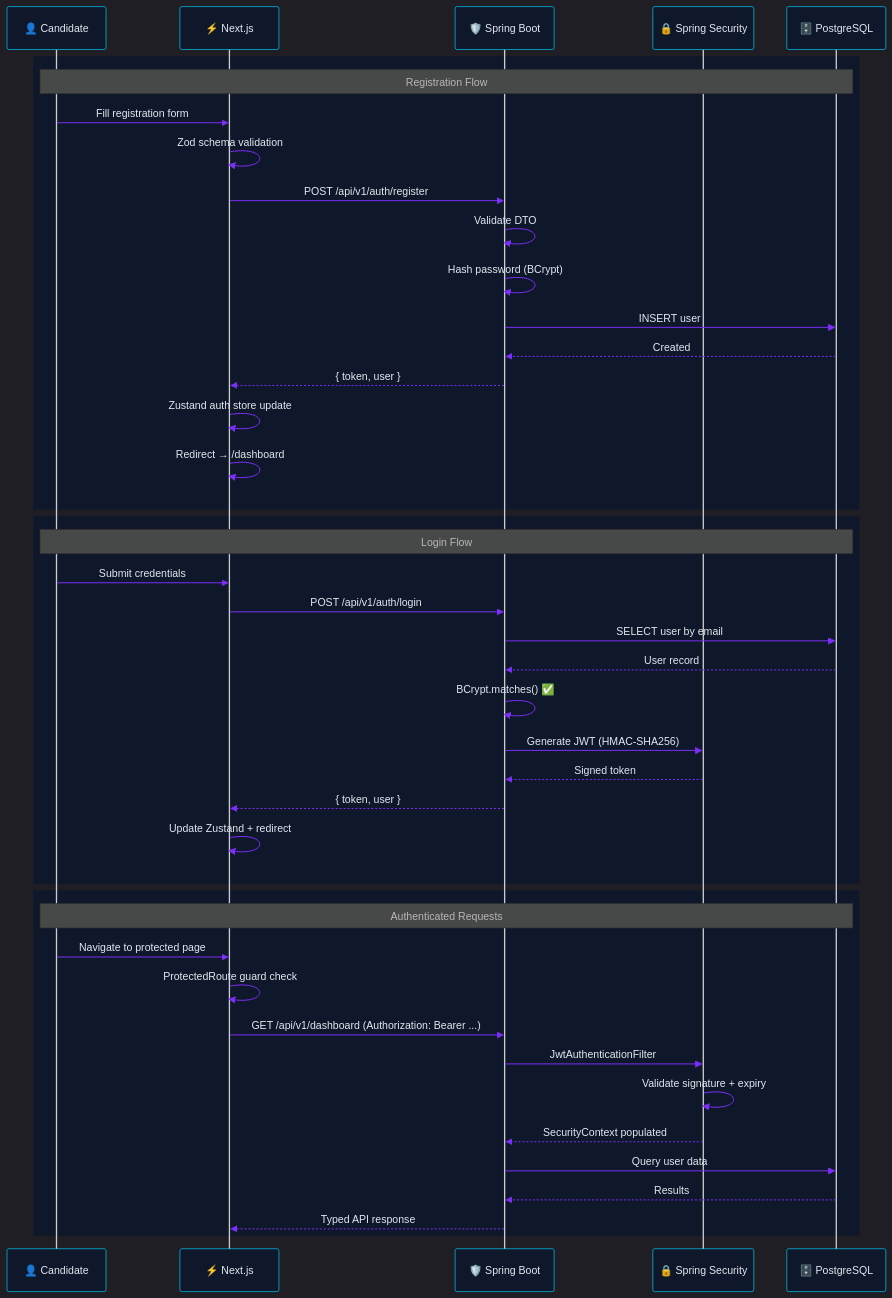
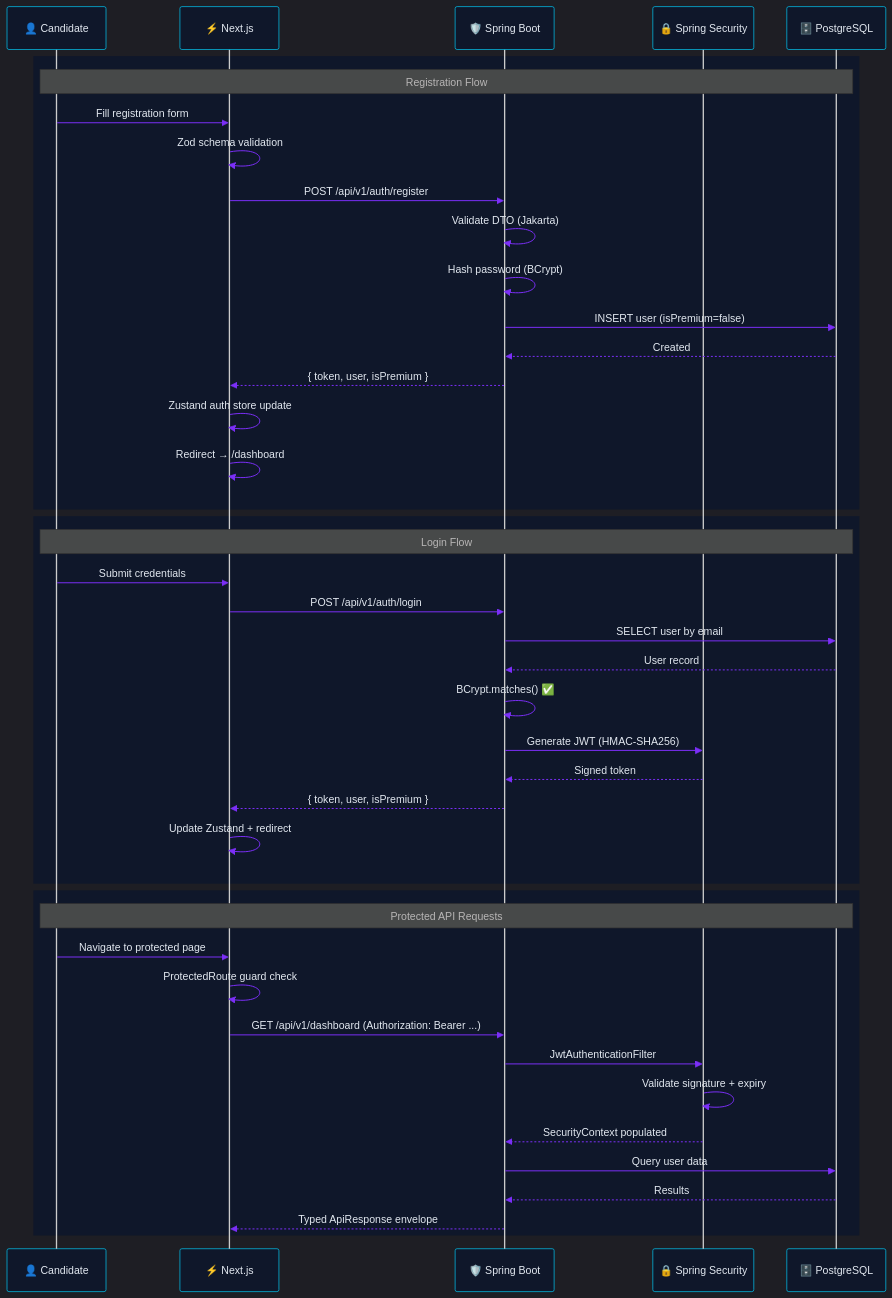
The ninth of 12 diagrams in README.md (Jawahar08/interviewforge-ai), drawn with Mermaid before and after one commit. The commit also changed other lines of this file, not shown here.

Commit message:
docs: complete README overhaul with premium features, AI pipeline diagrams, ER diagram, CI/CD pipeline, and enhanced architecture

````diff
--- a/README.md
+++ b/README.md
@@ -452,50 +686,50 @@
 ```mermaid
 %%{init: {'theme': 'dark', 'themeVariables': { 'actorBkg': '#0f172a', 'actorBorder': '#00d2ff', 'actorTextColor': '#e2e8f0', 'signalColor': '#7b2ff7', 'signalTextColor': '#e2e8f0', 'fontFamily': 'JetBrains Mono, monospace'}}}%%
 
 sequenceDiagram
     participant C as 👤 Candidate
     participant F as ⚡ Next.js
     participant B as 🛡️ Spring Boot
     participant S as 🔒 Spring Security
     participant D as 🗄️ PostgreSQL
 
     rect rgb(15, 23, 42)
         Note over C,D: Registration Flow
         C->>F: Fill registration form
         F->>F: Zod schema validation
         F->>B: POST /api/v1/auth/register
-        B->>B: Validate DTO
+        B->>B: Validate DTO (Jakarta)
         B->>B: Hash password (BCrypt)
-        B->>D: INSERT user
+        B->>D: INSERT user (isPremium=false)
         D-->>B: Created
-        B-->>F: { token, user }
+        B-->>F: { token, user, isPremium }
         F->>F: Zustand auth store update
         F->>F: Redirect → /dashboard
     end
 
     rect rgb(15, 23, 42)
         Note over C,D: Login Flow
         C->>F: Submit credentials
         F->>B: POST /api/v1/auth/login
         B->>D: SELECT user by email
         D-->>B: User record
         B->>B: BCrypt.matches() ✅
         B->>S: Generate JWT (HMAC-SHA256)
         S-->>B: Signed token
-        B-->>F: { token, user }
+        B-->>F: { token, user, isPremium }
         F->>F: Update Zustand + redirect
     end
 
     rect rgb(15, 23, 42)
-        Note over C,D: Authenticated Requests
+        Note over C,D: Protected API Requests
         C->>F: Navigate to protected page
         F->>F: ProtectedRoute guard check
         F->>B: GET /api/v1/dashboard (Authorization: Bearer ...)
         B->>S: JwtAuthenticationFilter
         S->>S: Validate signature + expiry
         S-->>B: SecurityContext populated
         B->>D: Query user data
         D-->>B: Results
-        B-->>F: Typed API response
+        B-->>F: Typed ApiResponse envelope
     end
 ```
````
